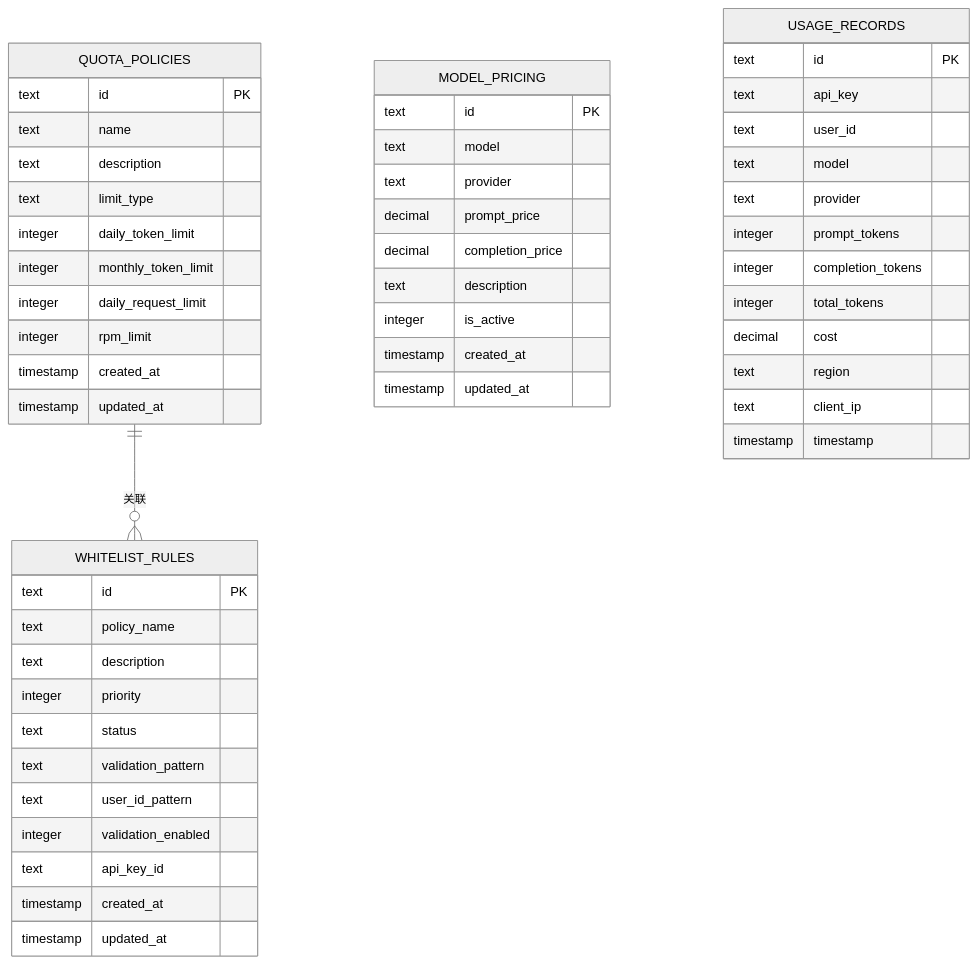
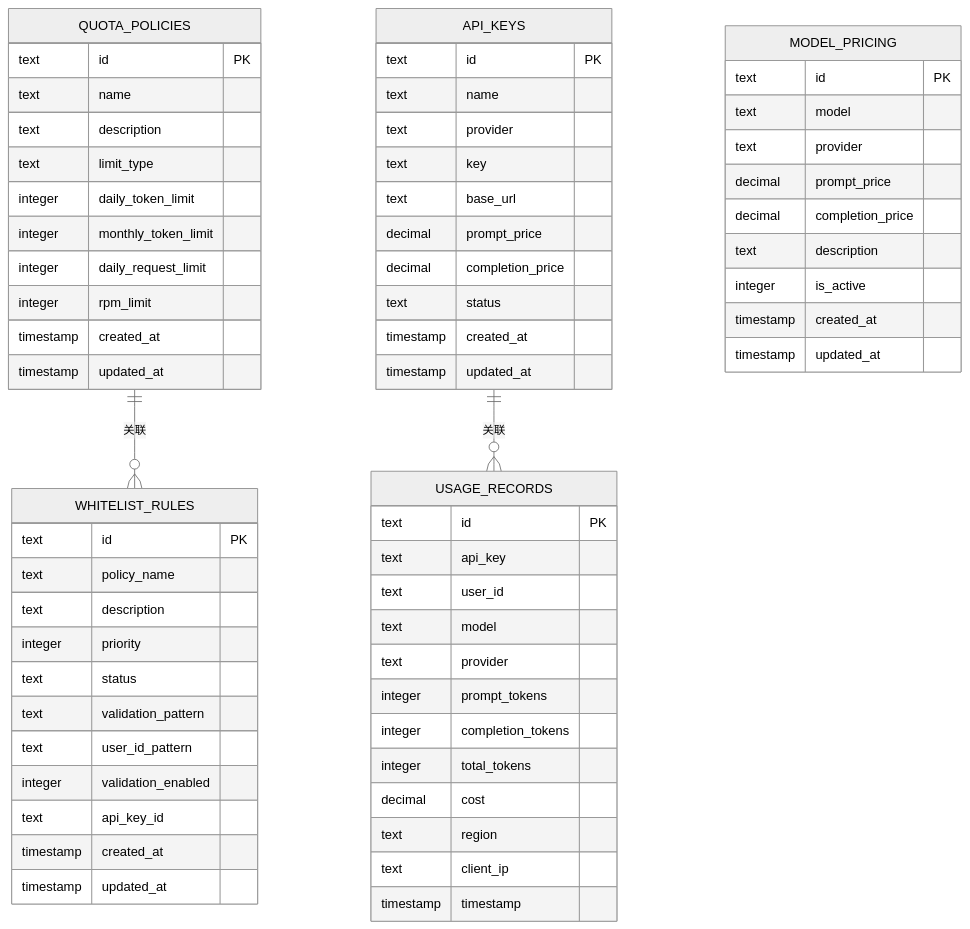
Before and after one commit to RadiumAg/AIGate: the seventh of 12 diagrams in .qoder/repowiki/zh/content/核心功能/模型定价系统.md, drawn with Mermaid (neutral theme). The commit also changed other lines of this file and 7 other files, not shown here.

First line of the commit message:
docs(model-pricing): 更新模型定价系统文档，新增 API Key 自定义定价支持

````diff
--- a/.qoder/repowiki/zh/content/核心功能/模型定价系统.md
+++ b/.qoder/repowiki/zh/content/核心功能/模型定价系统.md
@@ -273,54 +314,67 @@
 ```mermaid
 erDiagram
 QUOTA_POLICIES {
 text id PK
 text name
 text description
 text limit_type
 integer daily_token_limit
 integer monthly_token_limit
 integer daily_request_limit
 integer rpm_limit
+timestamp created_at
+timestamp updated_at
+}
+API_KEYS {
+text id PK
+text name
+text provider
+text key
+text base_url
+decimal prompt_price
+decimal completion_price
+text status
 timestamp created_at
 timestamp updated_at
 }
 MODEL_PRICING {
 text id PK
 text model
 text provider
 decimal prompt_price
 decimal completion_price
 text description
 integer is_active
 timestamp created_at
 timestamp updated_at
 }
 USAGE_RECORDS {
 text id PK
 text api_key
 text user_id
 text model
 text provider
 integer prompt_tokens
 integer completion_tokens
 integer total_tokens
 decimal cost
 text region
 text client_ip
 timestamp timestamp
 }
 WHITELIST_RULES {
 text id PK
 text policy_name
 text description
 integer priority
 text status
 text validation_pattern
 text user_id_pattern
 integer validation_enabled
 text api_key_id
 timestamp created_at
 timestamp updated_at
 }
 QUOTA_POLICIES ||--o{ WHITELIST_RULES : "关联"
+API_KEYS ||--o{ USAGE_RECORDS : "关联"
 ```
````
